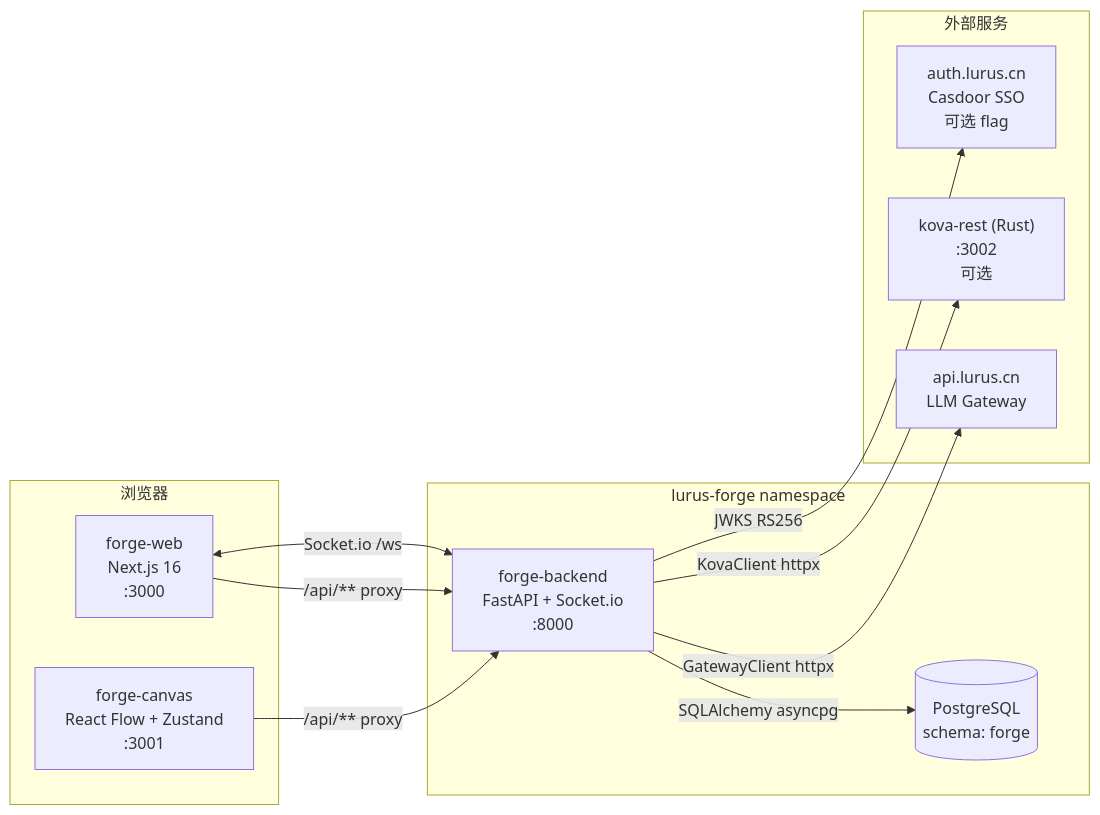
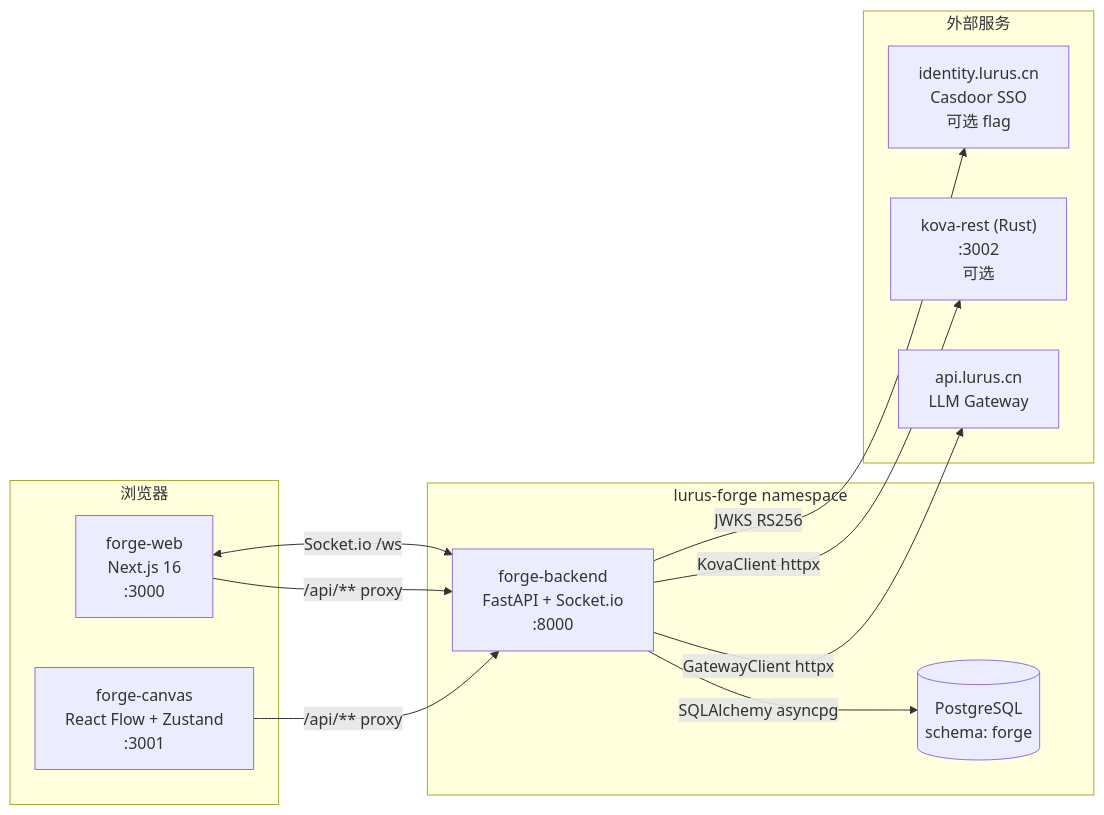
One commit to hanmahong5-arch/lurus-docs changed the first of 5 diagrams in internal/products/forge.md. Above: the diagram before and after it, drawn with Mermaid. The commit also changed other lines of this file and 76 other files, not shown here.

````diff
--- a/internal/products/forge.md
+++ b/internal/products/forge.md
@@ -39,26 +39,26 @@
 ```mermaid
 flowchart LR
   subgraph Client["浏览器"]
     Web["forge-web\nNext.js 16\n:3000"]
     Canvas["forge-canvas\nReact Flow + Zustand\n:3001"]
   end
 
   subgraph K8s["lurus-forge namespace"]
     Backend["forge-backend\nFastAPI + Socket.io\n:8000"]
     DB[(PostgreSQL\nschema: forge)]
   end
 
   subgraph External["外部服务"]
     Gateway["api.lurus.cn\nLLM Gateway"]
     Kova["kova-rest (Rust)\n:3002\n可选"]
-    Casdoor["auth.lurus.cn\nCasdoor SSO\n可选 flag"]
+    Casdoor["identity.lurus.cn\nCasdoor SSO\n可选 flag"]
   end
 
   Web -->|"/api/** proxy"| Backend
   Canvas -->|"/api/** proxy"| Backend
   Backend -->|SQLAlchemy asyncpg| DB
   Backend -->|GatewayClient httpx| Gateway
   Backend -->|KovaClient httpx| Kova
   Backend -->|JWKS RS256| Casdoor
   Web <-->|"Socket.io /ws"| Backend
 ```
````
